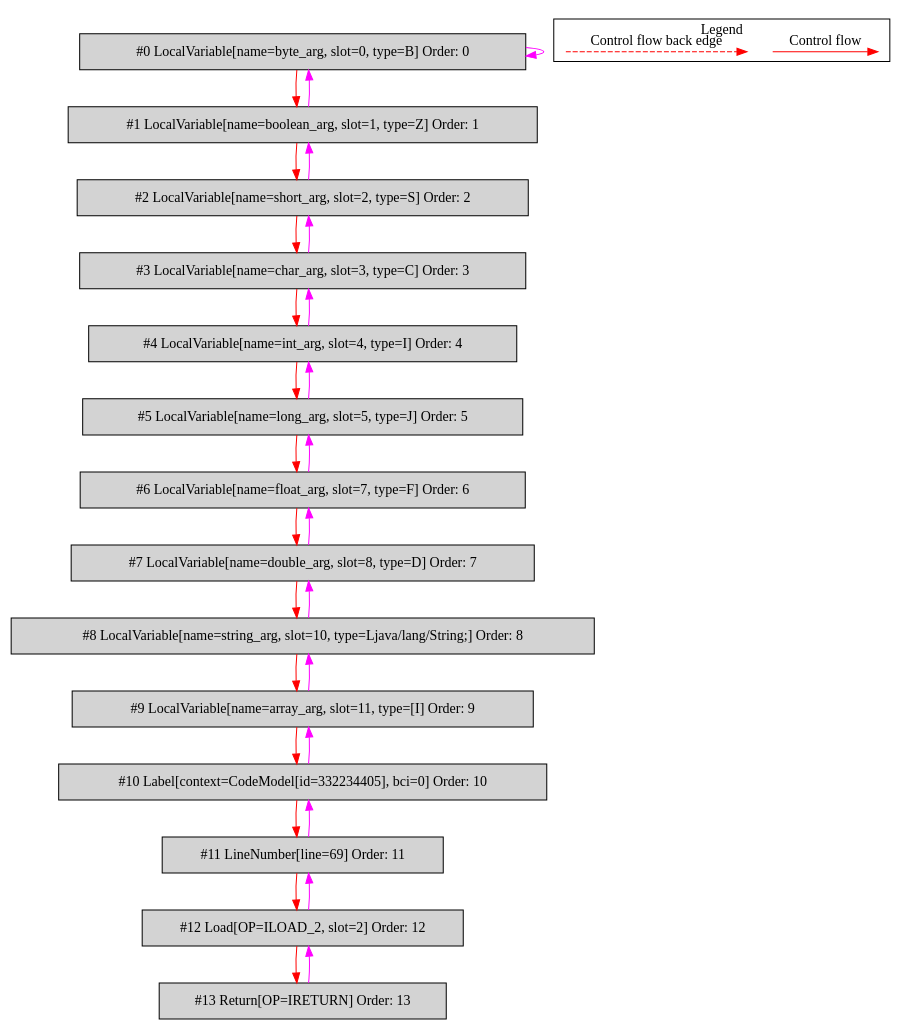
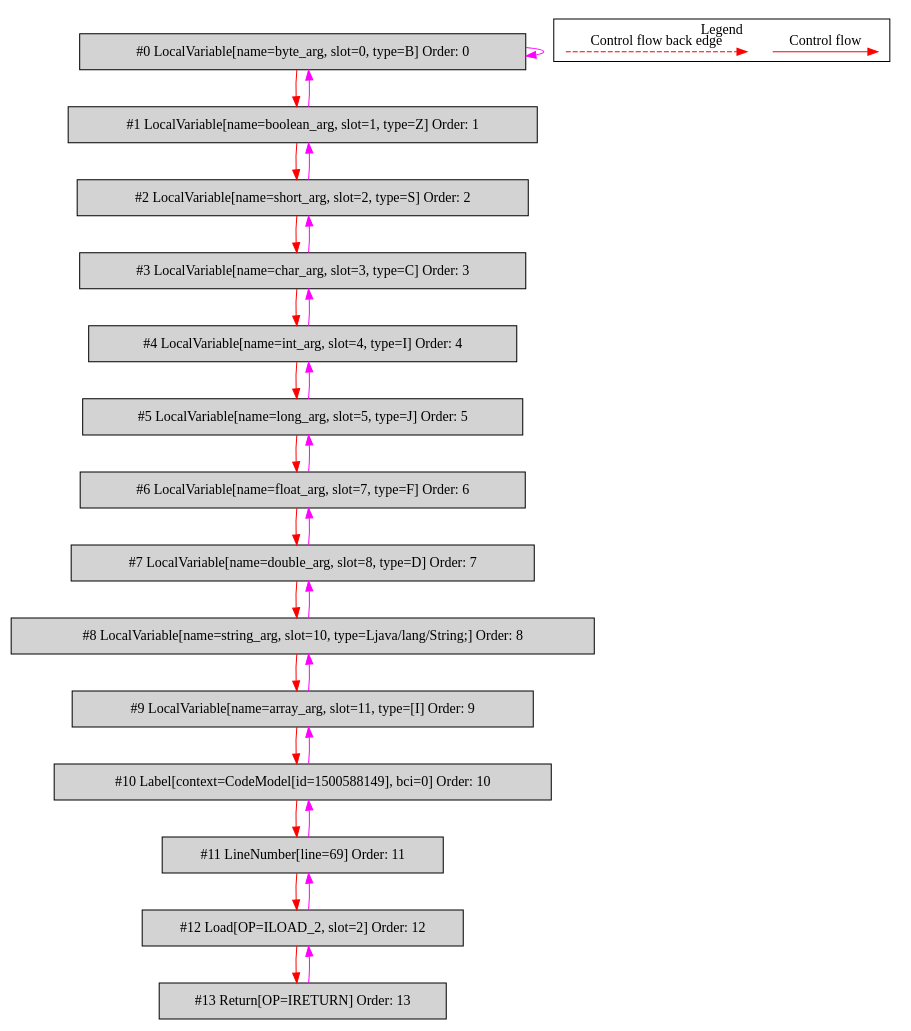
The diagram in de.mirkosertic.metair.ir.examples.MethodInvokeTest/simple_method_return_short/bytecodecfg.dot (mirkosertic/MetaIR), drawn with Graphviz before and after one commit. The commit also changed 434 other files, not shown here.

```diff
--- a/de.mirkosertic.metair.ir.examples.MethodInvokeTest/simple_method_return_short/bytecodecfg.dot
+++ b/de.mirkosertic.metair.ir.examples.MethodInvokeTest/simple_method_return_short/bytecodecfg.dot
@@ -1,58 +1,58 @@
 digraph {
  ordering="in";
  node0[label="#0 LocalVariable[name=byte_arg, slot=0, type=B] Order: 0", shape=box, fillcolor=lightgrey, style=filled];
  node1[label="#1 LocalVariable[name=boolean_arg, slot=1, type=Z] Order: 1", shape=box, fillcolor=lightgrey, style=filled];
  node2[label="#2 LocalVariable[name=short_arg, slot=2, type=S] Order: 2", shape=box, fillcolor=lightgrey, style=filled];
  node3[label="#3 LocalVariable[name=char_arg, slot=3, type=C] Order: 3", shape=box, fillcolor=lightgrey, style=filled];
  node4[label="#4 LocalVariable[name=int_arg, slot=4, type=I] Order: 4", shape=box, fillcolor=lightgrey, style=filled];
  node5[label="#5 LocalVariable[name=long_arg, slot=5, type=J] Order: 5", shape=box, fillcolor=lightgrey, style=filled];
  node6[label="#6 LocalVariable[name=float_arg, slot=7, type=F] Order: 6", shape=box, fillcolor=lightgrey, style=filled];
  node7[label="#7 LocalVariable[name=double_arg, slot=8, type=D] Order: 7", shape=box, fillcolor=lightgrey, style=filled];
  node8[label="#8 LocalVariable[name=string_arg, slot=10, type=Ljava/lang/String;] Order: 8", shape=box, fillcolor=lightgrey, style=filled];
  node9[label="#9 LocalVariable[name=array_arg, slot=11, type=[I] Order: 9", shape=box, fillcolor=lightgrey, style=filled];
- node10[label="#10 Label[context=CodeModel[id=332234405], bci=0] Order: 10", shape=box, fillcolor=lightgrey, style=filled];
+ node10[label="#10 Label[context=CodeModel[id=1500588149], bci=0] Order: 10", shape=box, fillcolor=lightgrey, style=filled];
  node11[label="#11 LineNumber[line=69] Order: 11", shape=box, fillcolor=lightgrey, style=filled];
  node12[label="#12 Load[OP=ILOAD_2, slot=2] Order: 12", shape=box, fillcolor=lightgrey, style=filled];
  node13[label="#13 Return[OP=IRETURN] Order: 13", shape=box, fillcolor=lightgrey, style=filled];
  node0 -> node0[color=fuchsia];
  node0 -> node1[color=red];
  node1 -> node0[color=fuchsia];
  node1 -> node2[color=red];
  node2 -> node1[color=fuchsia];
  node2 -> node3[color=red];
  node3 -> node2[color=fuchsia];
  node3 -> node4[color=red];
  node4 -> node3[color=fuchsia];
  node4 -> node5[color=red];
  node5 -> node4[color=fuchsia];
  node5 -> node6[color=red];
  node6 -> node5[color=fuchsia];
  node6 -> node7[color=red];
  node7 -> node6[color=fuchsia];
  node7 -> node8[color=red];
  node8 -> node7[color=fuchsia];
  node8 -> node9[color=red];
  node9 -> node8[color=fuchsia];
  node9 -> node10[color=red];
  node10 -> node9[color=fuchsia];
  node10 -> node11[color=red];
  node11 -> node10[color=fuchsia];
  node11 -> node12[color=red];
  node12 -> node11[color=fuchsia];
  node12 -> node13[color=red];
  node13 -> node12[color=fuchsia];
  subgraph cluster_000 {
   label = "Legend";
   node [shape=point]
   {
    rank=same;
    c0 [style = invis];
    c1 [style = invis];
    c2 [style = invis];
    c3 [style = invis];
   }
   c0 -> c1 [label="Control flow", style=solid, color=red]
   c2 -> c3 [label="Control flow back edge", style=dashed, color=red]
  }
 
 }
```
